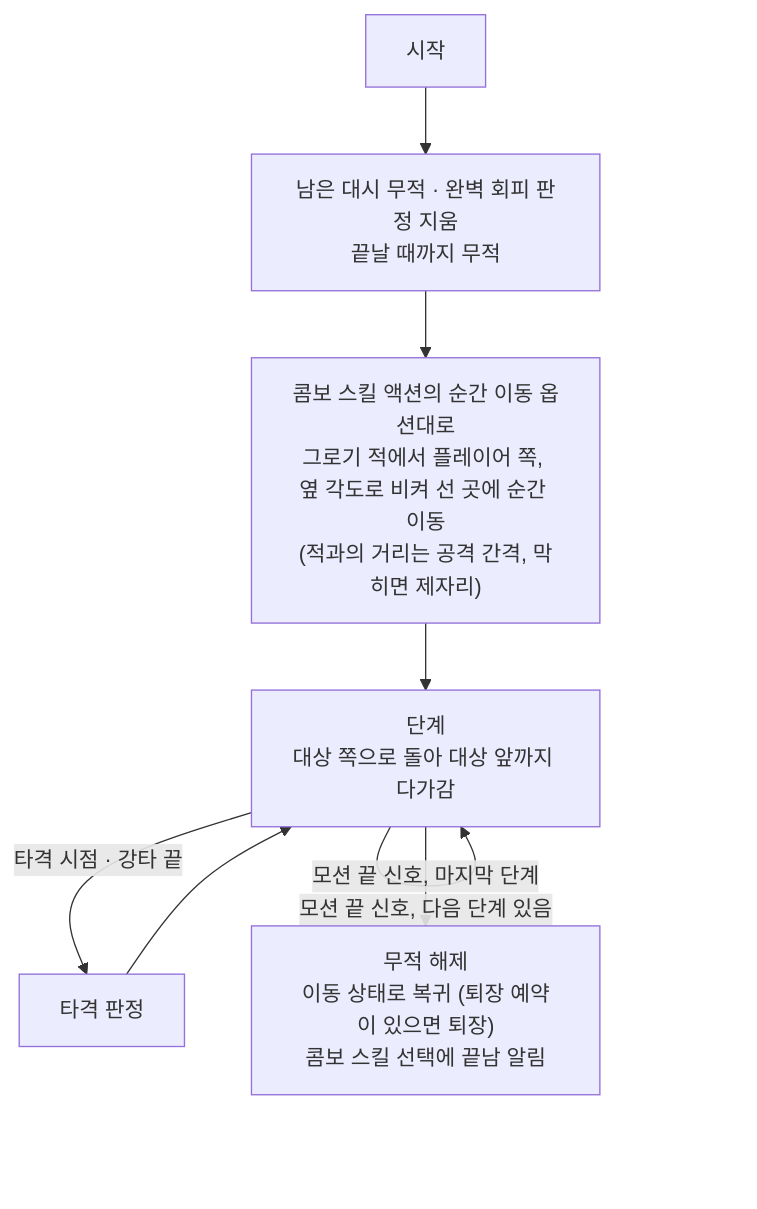
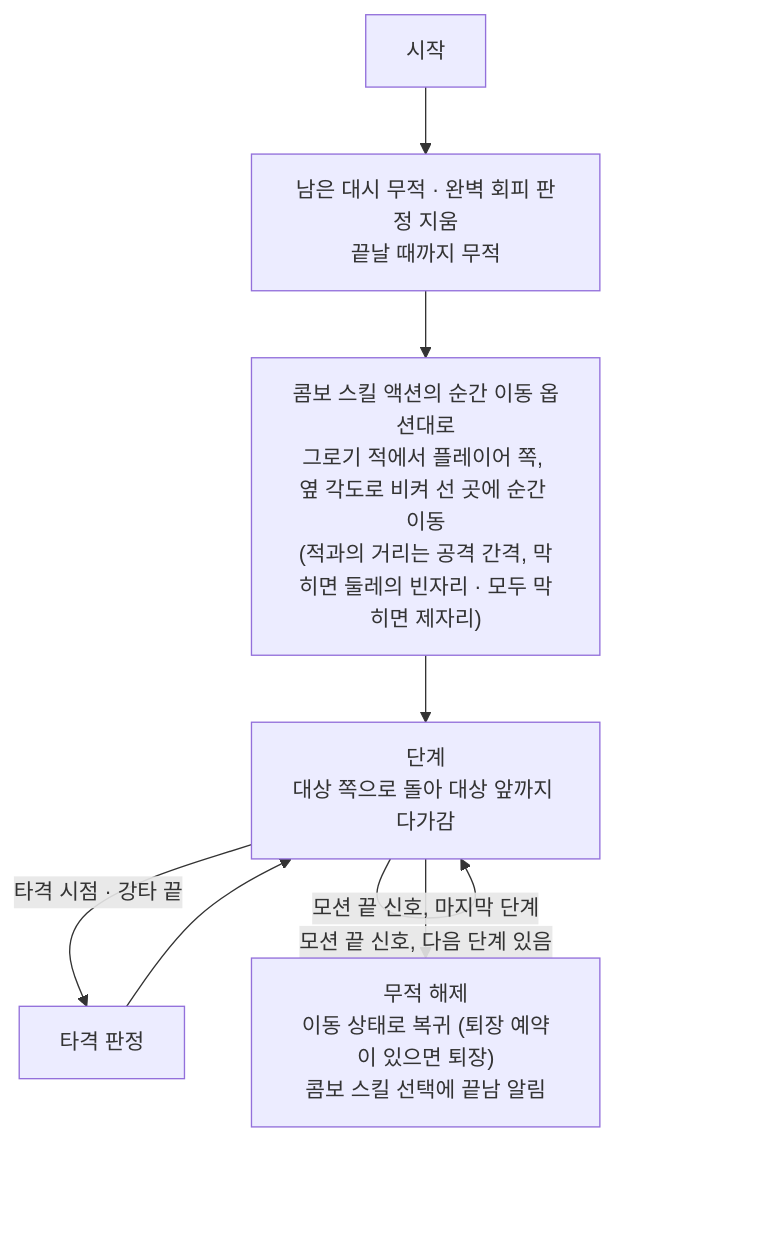
The fourth of 4 diagrams in Docs/Technical/Player/PlayerComboSkill.md (SquashPrince/Develrocket_mp15_HHH), drawn with Mermaid before and after one commit. The commit also changed other lines of this file and 10 other files, not shown here.

````diff
--- a/Docs/Technical/Player/PlayerComboSkill.md
+++ b/Docs/Technical/Player/PlayerComboSkill.md
@@ -111,10 +111,10 @@
 ```mermaid
 flowchart TD
     S["시작"] --> E["남은 대시 무적 · 완벽 회피 판정 지움<br>끝날 때까지 무적"]
-    E --> M["콤보 스킬 액션의 순간 이동 옵션대로<br>그로기 적에서 플레이어 쪽, 옆 각도로 비켜 선 곳에 순간 이동<br>(적과의 거리는 공격 간격, 막히면 제자리)"]
+    E --> M["콤보 스킬 액션의 순간 이동 옵션대로<br>그로기 적에서 플레이어 쪽, 옆 각도로 비켜 선 곳에 순간 이동<br>(적과의 거리는 공격 간격, 막히면 둘레의 빈자리 · 모두 막히면 제자리)"]
     M --> A["단계<br>대상 쪽으로 돌아 대상 앞까지 다가감"]
     A -->|"타격 시점 · 강타 끝"| H["타격 판정"]
     H --> A
     A -->|"모션 끝 신호, 다음 단계 있음"| A
     A -->|"모션 끝 신호, 마지막 단계"| L["무적 해제<br>이동 상태로 복귀 (퇴장 예약이 있으면 퇴장)<br>콤보 스킬 선택에 끝남 알림"]
 ```
````
